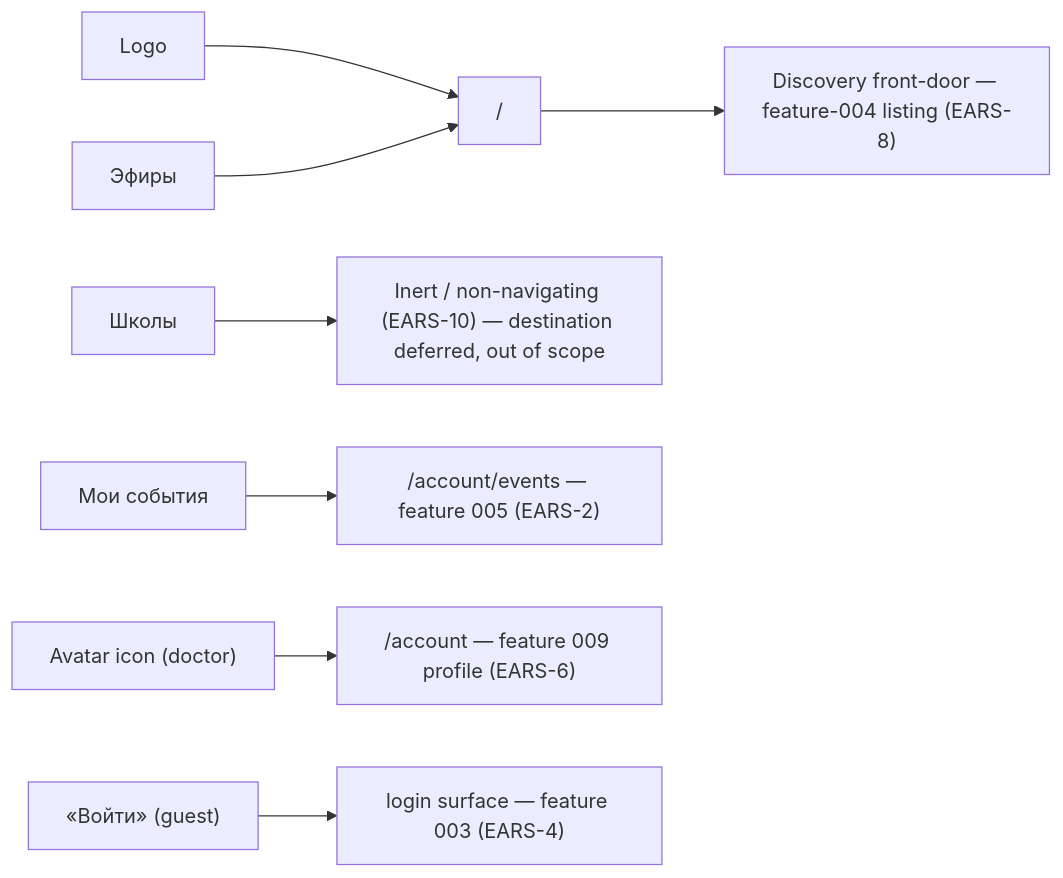
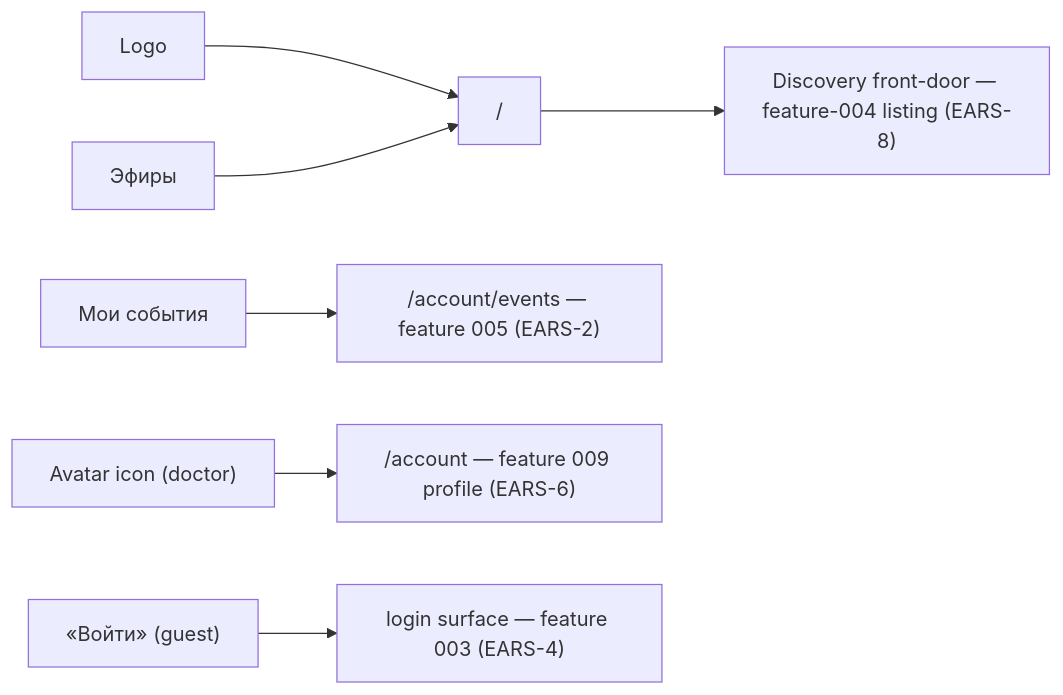
The second of 4 diagrams in apps/docs/content/specs/features/008-portal-shell/008-design.md (doctor-school/ds-platform), drawn with Mermaid before and after one commit. The commit also changed other lines of this file and 9 other files, not shown here.

````diff
--- a/apps/docs/content/specs/features/008-portal-shell/008-design.md
+++ b/apps/docs/content/specs/features/008-portal-shell/008-design.md
@@ -50,10 +50,9 @@
 ```mermaid
 flowchart LR
   LOGO["Logo"] --> ROOT["/"]
   EFIRY["Эфиры"] --> ROOT
   ROOT --> DISC["Discovery front-door — feature-004 listing (EARS-8)"]
-  SCHOOLS["Школы"] --> INERT["Inert / non-navigating (EARS-10) — destination deferred, out of scope"]
   MYEV["Мои события"] --> EVENTS["/account/events — feature 005 (EARS-2)"]
   AVATAR["Avatar icon (doctor)"] --> ACCOUNT["/account — feature 009 profile (EARS-6)"]
   LOGIN["«Войти» (guest)"] --> AUTH["login surface — feature 003 (EARS-4)"]
 ```
````
